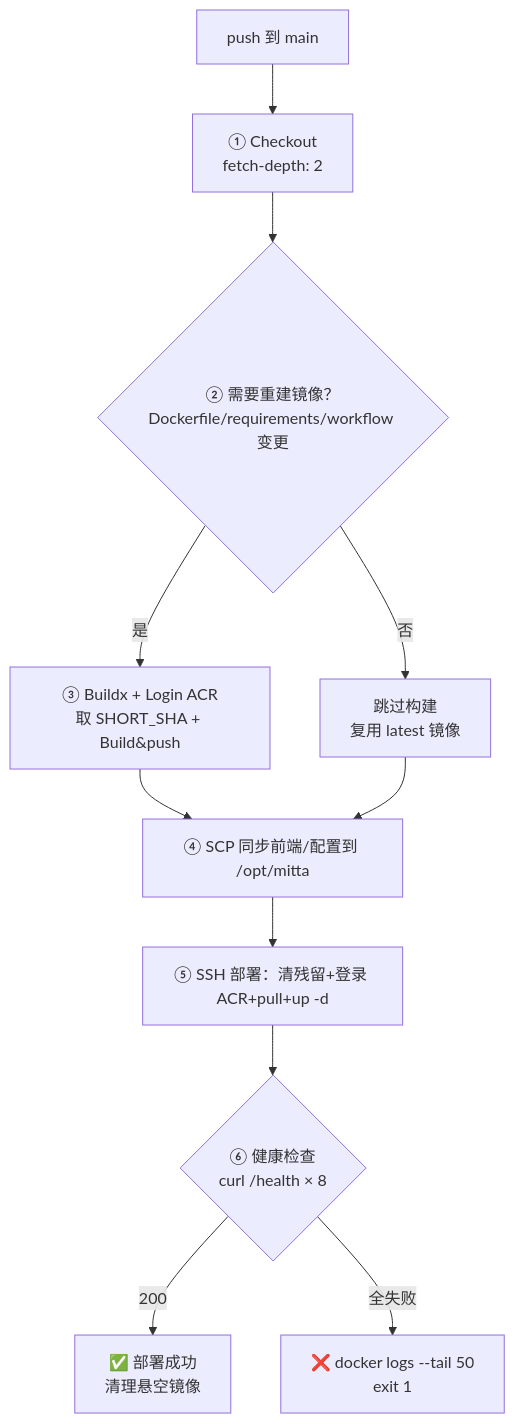
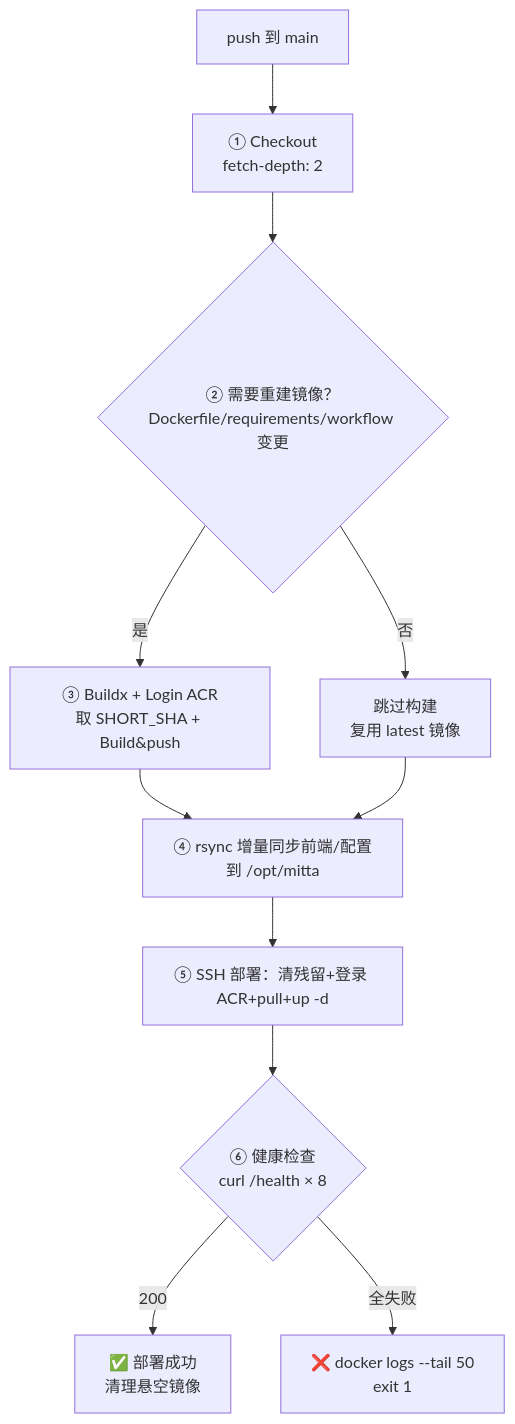
Before and after one commit to Q1anyii/Mitta: the diagram in README.md, drawn with Mermaid. The commit also changed other lines of this file, not shown here.

Commit message:
docs: README同步最新状态——CI/CD由SCP全量改为rsync增量同步(描述/架构图/mermaid/部署要点),健康检查8次修正为24次,功能特性补充断点续传(刷新不中断)

````diff
--- a/README.md
+++ b/README.md
@@ -667,14 +668,14 @@
 ```mermaid
 flowchart TD
     PUSH[push 到 main] --> CHECK[① Checkout<br/>fetch-depth: 2]
     CHECK --> DETECT{② 需要重建镜像？<br/>Dockerfile/requirements/workflow 变更}
     DETECT -->|是| BUILD[③ Buildx + Login ACR<br/>取 SHORT_SHA + Build&push]
     DETECT -->|否| SKIP[跳过构建<br/>复用 latest 镜像]
-    BUILD --> SCP
-    SKIP --> SCP
-    SCP[④ SCP 同步前端/配置到 /opt/mitta]
-    SCP --> SSH[⑤ SSH 部署：清残留+登录 ACR+pull+up -d]
+    BUILD --> RSYNC
+    SKIP --> RSYNC
+    RSYNC[④ rsync 增量同步前端/配置到 /opt/mitta]
+    RSYNC --> SSH[⑤ SSH 部署：清残留+登录 ACR+pull+up -d]
     SSH --> HEALTH{⑥ 健康检查<br/>curl /health × 8}
     HEALTH -->|200| OK[✅ 部署成功<br/>清理悬空镜像]
     HEALTH -->|全失败| FAIL[❌ docker logs --tail 50<br/>exit 1]
 ```
````
